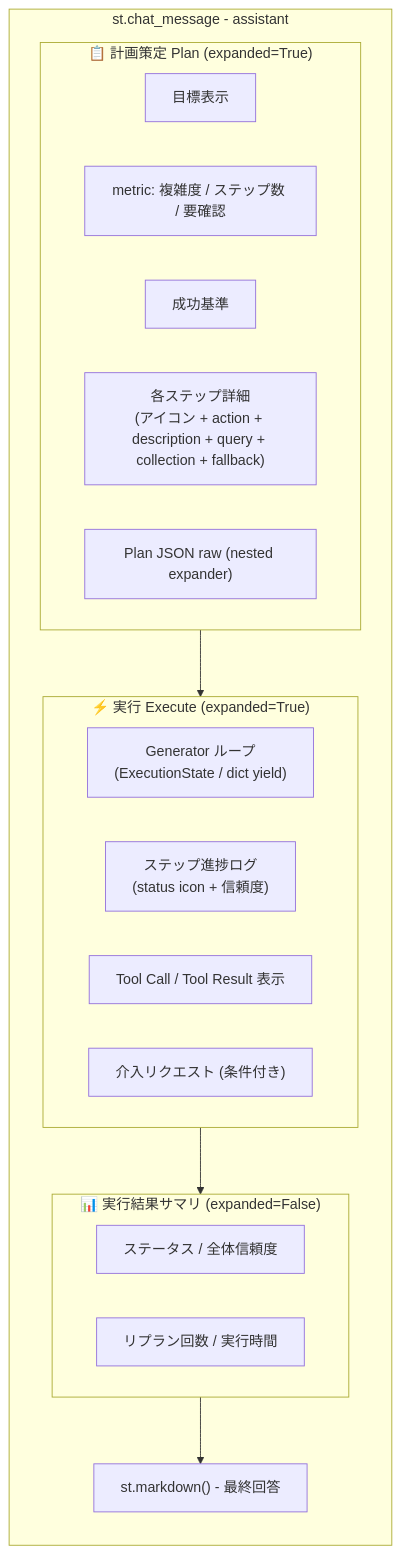
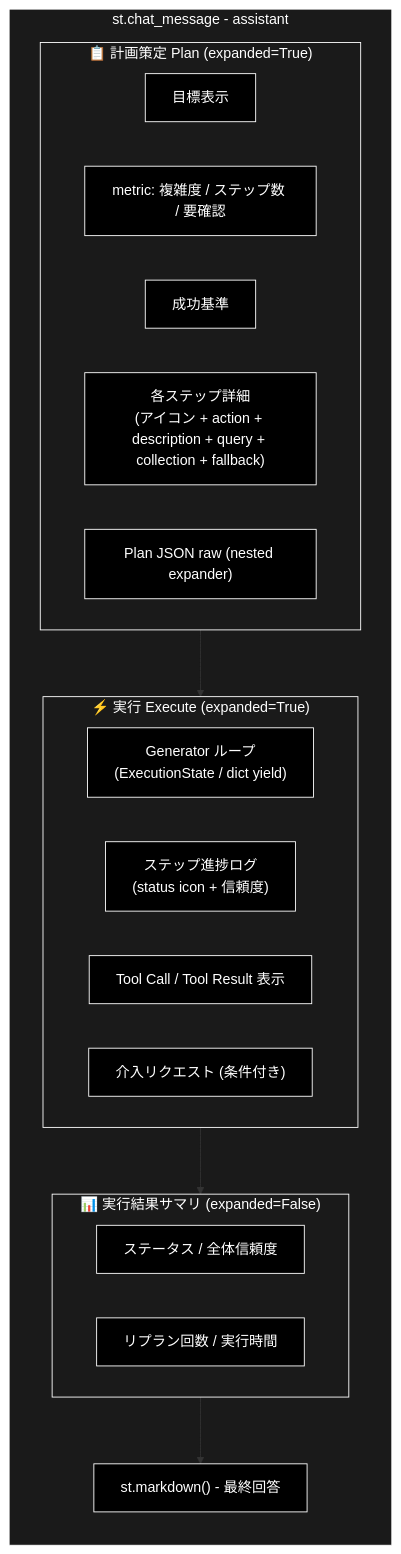
Before and after one commit to nakashima2toshio/ollama_grace_agent_v2: the fifth of 13 diagrams in README.md, drawn with Mermaid. The commit also changed other lines of this file, not shown here.

First line of the commit message:
docs(README): apply mandatory black-bg Mermaid style + fix grace_chat_page.py refs

````diff
--- a/README.md
+++ b/README.md
@@ -281,26 +312,33 @@
 ```mermaid
 flowchart TB
     subgraph AssistantMessage["st.chat_message - assistant"]
         direction TB
         subgraph Plan["📋 計画策定 Plan (expanded=True)"]
             P1["目標表示"]
             P2["metric: 複雑度 / ステップ数 / 要確認"]
             P3["成功基準"]
             P4["各ステップ詳細<br/>(アイコン + action + description + query + collection + fallback)"]
             P5["Plan JSON raw (nested expander)"]
         end
         subgraph Exec["⚡ 実行 Execute (expanded=True)"]
             X1["Generator ループ<br/>(ExecutionState / dict yield)"]
             X2["ステップ進捗ログ<br/>(status icon + 信頼度)"]
             X3["Tool Call / Tool Result 表示"]
             X4["介入リクエスト (条件付き)"]
         end
         subgraph Result["📊 実行結果サマリ (expanded=False)"]
             R1["ステータス / 全体信頼度"]
             R2["リプラン回数 / 実行時間"]
         end
         Final["st.markdown() - 最終回答"]
     end
 
     Plan --> Exec --> Result --> Final
+classDef default fill:#000,stroke:#fff,color:#fff
+classDef subgraphStyle fill:#1a1a1a,stroke:#fff,color:#fff
+class P1,P2,P3,P4,P5,X1,X2,X3,X4,R1,R2,Final default
+style AssistantMessage fill:#1a1a1a,stroke:#fff,color:#fff
+style Plan fill:#1a1a1a,stroke:#fff,color:#fff
+style Exec fill:#1a1a1a,stroke:#fff,color:#fff
+style Result fill:#1a1a1a,stroke:#fff,color:#fff
 ```
````
